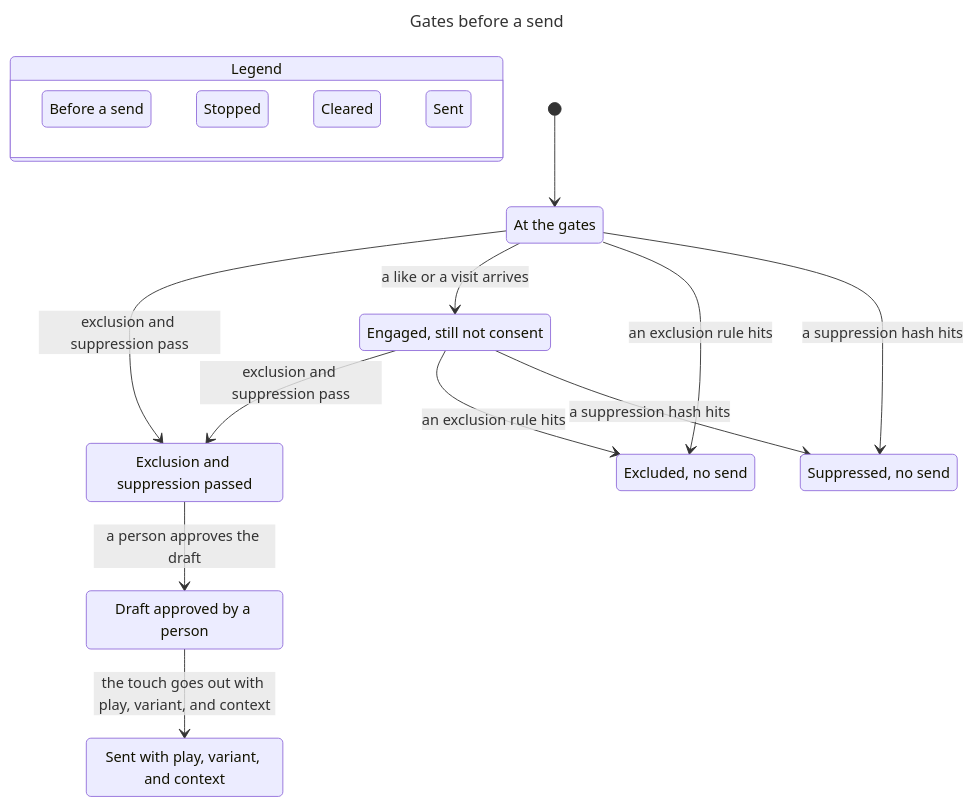
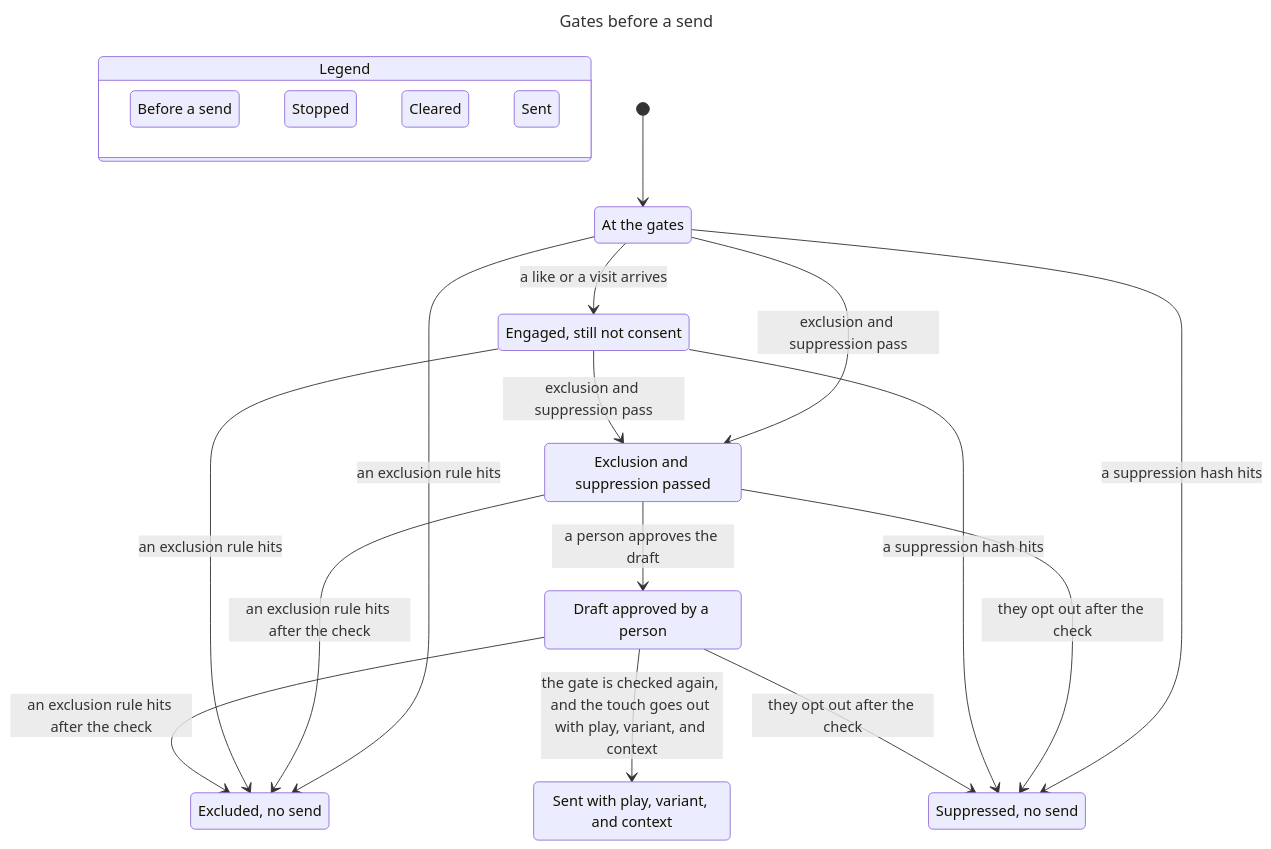
The diagram in docs/charts/send-gates/chart.mmd (ycanerden/gluely), drawn with Mermaid before and after one commit. The commit also changed 33 other files, not shown here.

First line of the commit message:
Kill rules by time, cost warnings, waterfalls and corrected charts

```diff
--- a/docs/charts/send-gates/chart.mmd
+++ b/docs/charts/send-gates/chart.mmd
@@ -1,38 +1,42 @@
 ---
 title: "Gates before a send"
 ---
 stateDiagram-v2
   state "Legend" as legend {
     lg0: Before a send
     lg1: Stopped
     lg2: Cleared
     lg3: Sent
   }
   class lg0 yellow
   class lg1 orange
   class lg2 teal
   class lg3 blue
   s0: At the gates
   s1: Exclusion and suppression passed
   s2: Engaged, still not consent
   s3: Excluded, no send
   s4: Suppressed, no send
   s5: Draft approved by a person
   s6: Sent with play, variant, and context
   [*] --> s0
   s0 --> s1: exclusion and suppression pass
   s0 --> s2: a like or a visit arrives
   s0 --> s3: an exclusion rule hits
   s0 --> s4: a suppression hash hits
+  s1 --> s3: an exclusion rule hits after the check
+  s1 --> s4: they opt out after the check
   s1 --> s5: a person approves the draft
   s2 --> s1: exclusion and suppression pass
   s2 --> s3: an exclusion rule hits
   s2 --> s4: a suppression hash hits
-  s5 --> s6: the touch goes out with play, variant, and context
+  s5 --> s3: an exclusion rule hits after the check
+  s5 --> s4: they opt out after the check
+  s5 --> s6: the gate is checked again, and the touch goes out with play, variant, and context
   class s0 yellow
   class s1 teal
   class s2 yellow
   class s3 orange
   class s4 orange
   class s5 teal
   class s6 blue
```
